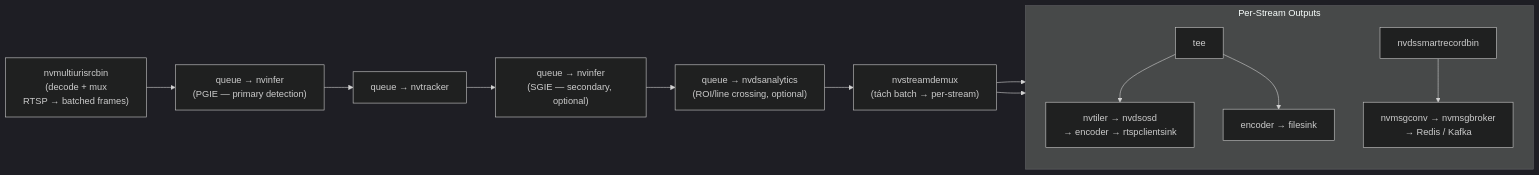
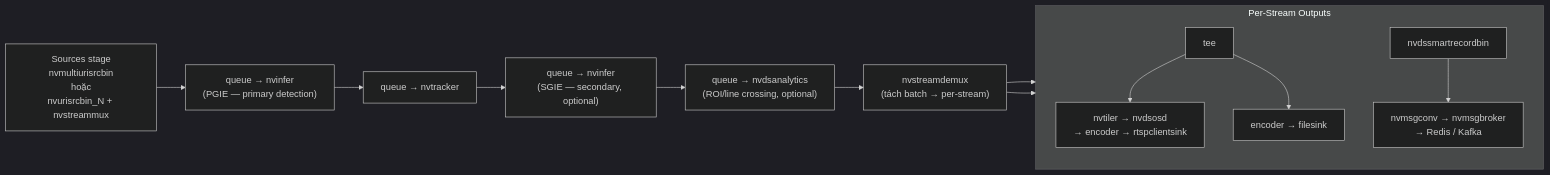
Before and after one commit to nam278/vms-engine: the second of 3 diagrams in docs/architecture/deepstream/00_project_overview.md, drawn with Mermaid (dark theme). The commit also changed other lines of this file and 33 other files, not shown here.

````diff
--- a/docs/architecture/deepstream/00_project_overview.md
+++ b/docs/architecture/deepstream/00_project_overview.md
@@ -127,26 +127,26 @@
 ```mermaid
 graph LR
-    SRC["nvmultiurisrcbin<br/>(decode + mux<br/>RTSP → batched frames)"]
+    SRC["Sources stage<br/>nvmultiurisrcbin<br/>hoặc<br/>nvurisrcbin_N + nvstreammux"]
     PGIE["queue → nvinfer<br/>(PGIE — primary detection)"]
     TRK["queue → nvtracker"]
     SGIE["queue → nvinfer<br/>(SGIE — secondary, optional)"]
     ANA["queue → nvdsanalytics<br/>(ROI/line crossing, optional)"]
     DEMUX["nvstreamdemux<br/>(tách batch → per-stream)"]
 
     SRC --> PGIE --> TRK --> SGIE --> ANA --> DEMUX
 
     subgraph OUTPUT["Per-Stream Outputs"]
         direction TB
         TEE["tee"]
         RTSP["nvtiler → nvdsosd<br/>→ encoder → rtspclientsink"]
         FILE["encoder → filesink"]
         SR["nvdssmartrecordbin"]
         MB["nvmsgconv → nvmsgbroker<br/>→ Redis / Kafka"]
     end
 
     DEMUX --> TEE
     TEE --> RTSP
     TEE --> FILE
     DEMUX --> SR
     SR --> MB
 ```
````
